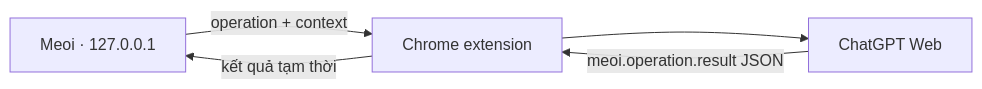
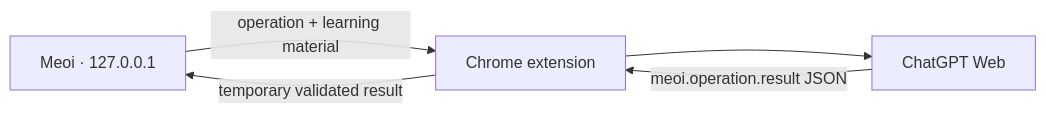
The diagram in README.md (hiuudc/meoing), drawn with Mermaid before and after one commit. The commit also changed other lines of this file and 36 other files, not shown here.

Commit message:
fix: stabilize Meoi Bridge v2 web flow

````diff
--- a/README.md
+++ b/README.md
@@ -5,7 +5,7 @@
 ```mermaid
 flowchart LR
-  A["Meoi · 127.0.0.1"] -->|"operation + context"| B["Chrome extension"]
+  A["Meoi · 127.0.0.1"] -->|"operation + learning material"| B["Chrome extension"]
   B --> C["ChatGPT Web"]
   C -->|"meoi.operation.result JSON"| B
-  B -->|"kết quả tạm thời"| A
+  B -->|"temporary validated result"| A
 ```
````
